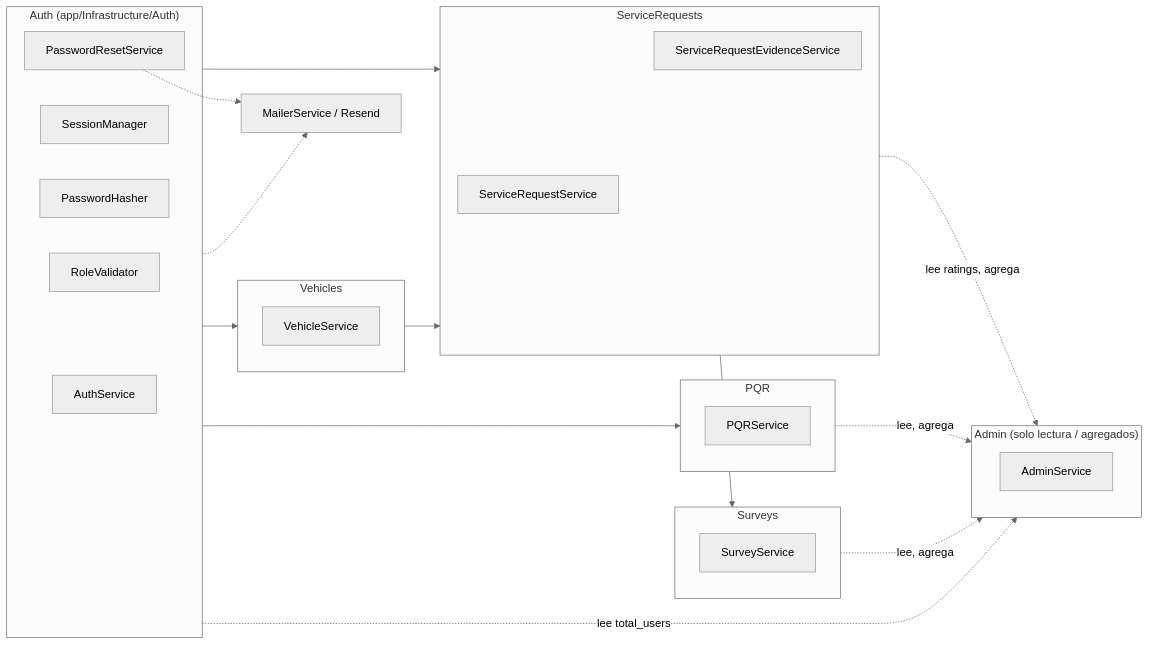
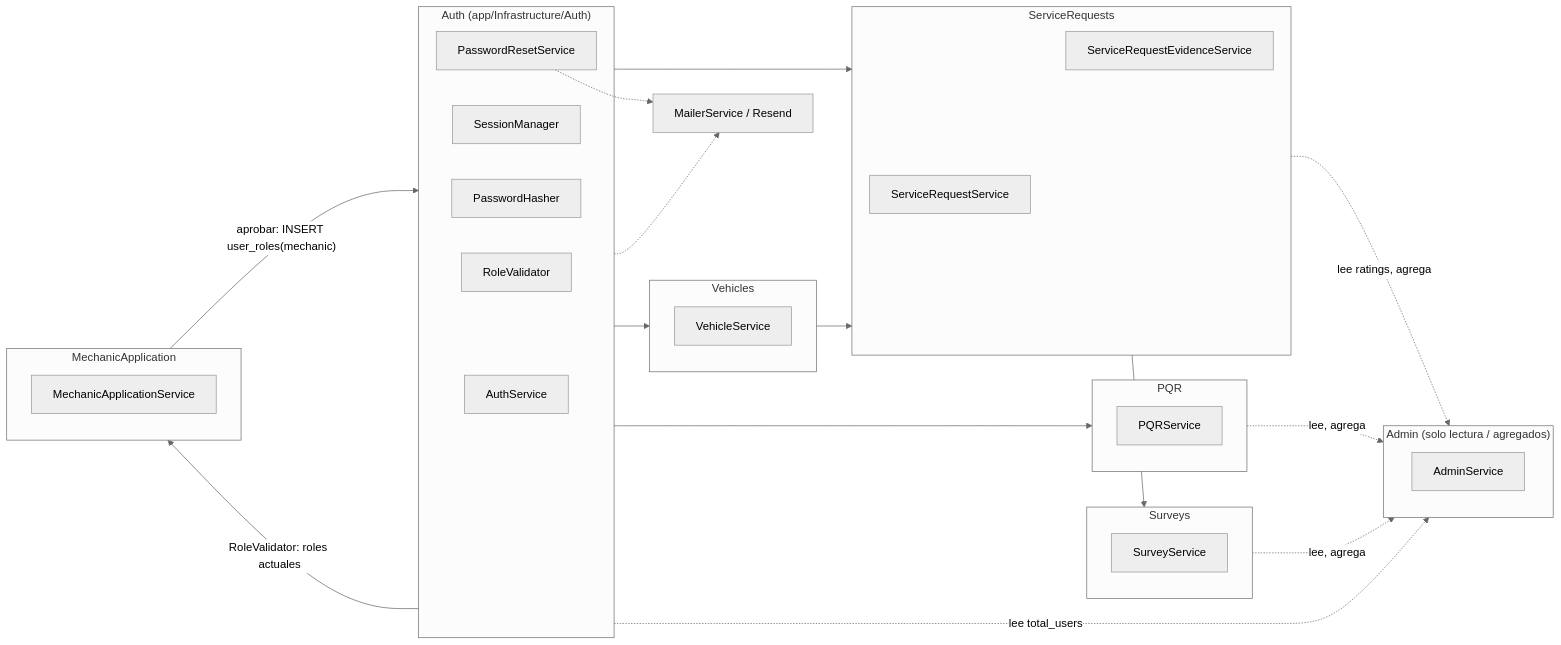
The diagram in docs/architecture/uml/02-components.md (JuanAndresGonzalezBurbano/PARCE), drawn with Mermaid (neutral theme) before and after one commit. The commit also changed other lines of this file and 35 other files, not shown here.

Commit message:
feat: add mechanic application workflow

````diff
--- a/docs/architecture/uml/02-components.md
+++ b/docs/architecture/uml/02-components.md
@@ -5,40 +5,45 @@
 ```mermaid
 flowchart LR
     subgraph Auth["Auth (app/Infrastructure/Auth)"]
         AuthSvc[AuthService]
         SessMgr[SessionManager]
         PwdHash[PasswordHasher]
         RoleVal[RoleValidator]
         PwdReset[PasswordResetService]
     end
     subgraph Vehicles["Vehicles"]
         VehSvc[VehicleService]
     end
     subgraph SR["ServiceRequests"]
         SRSvc[ServiceRequestService]
         EvidSvc[ServiceRequestEvidenceService]
     end
     subgraph PQR["PQR"]
         PQRSvc[PQRService]
     end
     subgraph Surveys["Surveys"]
         SurvSvc[SurveyService]
     end
     subgraph Admin["Admin (solo lectura / agregados)"]
         AdmSvc[AdminService]
     end
+    subgraph MechApp["MechanicApplication"]
+        MechSvc[MechanicApplicationService]
+    end
     Mail[MailerService / Resend]
 
     Auth --> Vehicles
     Auth --> SR
     Vehicles --> SR
     SR --> EvidSvc
     SR --> Surveys
     Auth --> PQR
     Auth -.-> Mail
     PwdReset -.-> Mail
     SR -.->|"lee ratings, agrega"| Admin
     PQR -.->|"lee, agrega"| Admin
     Surveys -.->|"lee, agrega"| Admin
     Auth -.->|"lee total_users"| Admin
+    Auth -->|"RoleValidator: roles actuales"| MechApp
+    MechApp -->|"aprobar: INSERT user_roles(mechanic)"| Auth
 ```
````
